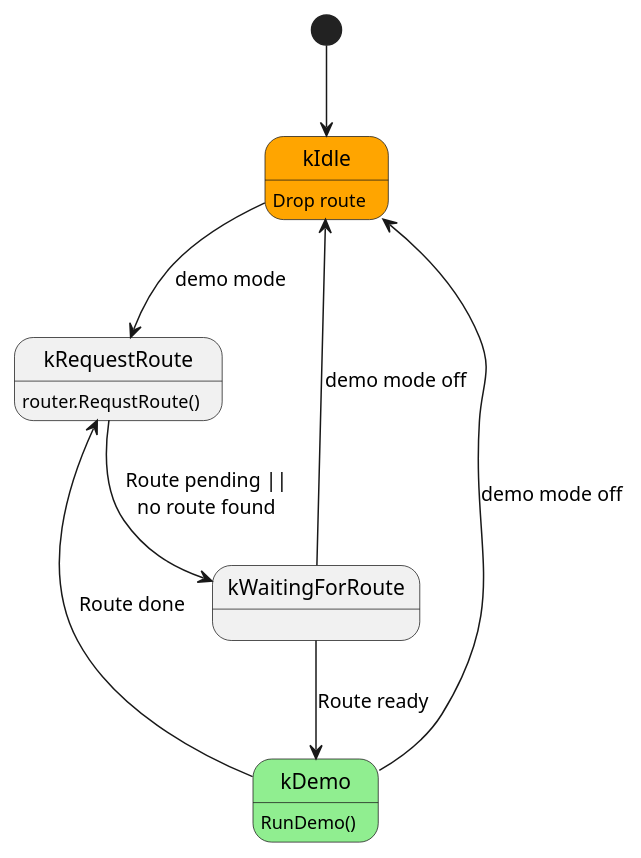
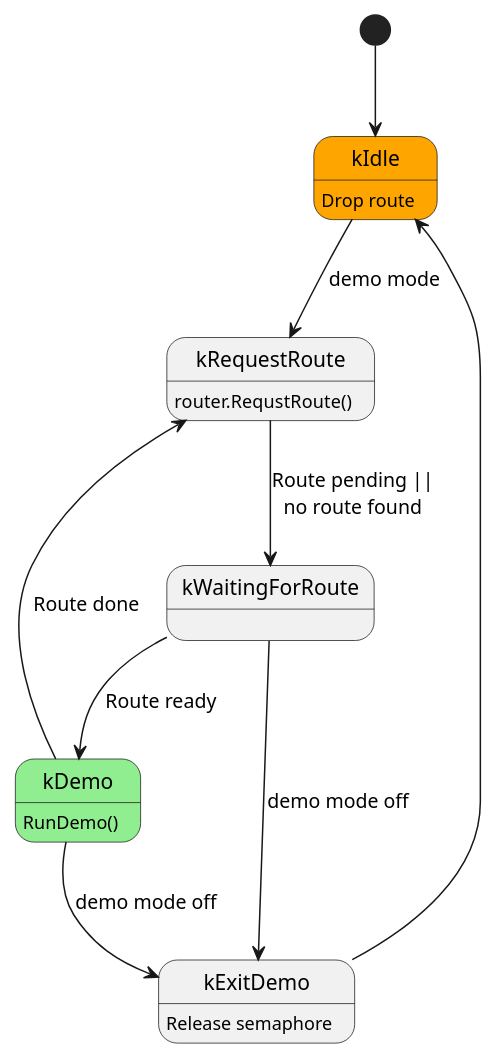
Before and after one commit to SimonKagstrom/maelir: the diagram in src/gps_simulator/gps_simulator_state_machine.pu, drawn with PlantUML. The commit also changed 7 other files, not shown here.

Commit message:
ui/gps_simulator: Exit demo by 5s press of the button

```diff
--- a/src/gps_simulator/gps_simulator_state_machine.pu
+++ b/src/gps_simulator/gps_simulator_state_machine.pu
@@ -1,20 +1,23 @@
 @startuml
 
 state kIdle #Orange : Drop route
 state kRequestRoute : router.RequstRoute()
 state kWaitingForRoute
 state kDemo #LightGreen : RunDemo()
+state kExitDemo : Release semaphore
 
 [*] --> kIdle
 
 kIdle --> kRequestRoute : demo mode
 
 kRequestRoute --> kWaitingForRoute : Route pending ||\nno route found
 
 kWaitingForRoute --> kDemo : Route ready
-kWaitingForRoute --> kIdle : demo mode off
+kWaitingForRoute --> kExitDemo : demo mode off
 
 kDemo --> kRequestRoute : Route done
-kDemo --> kIdle : demo mode off
+kDemo --> kExitDemo : demo mode off
+
+kExitDemo --> kIdle
 
 @enduml
```
